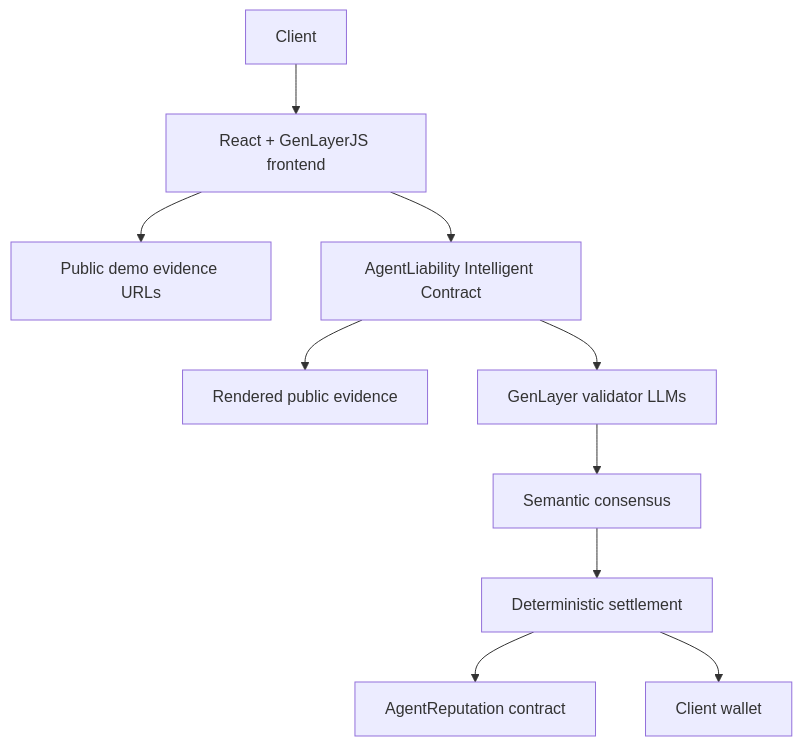
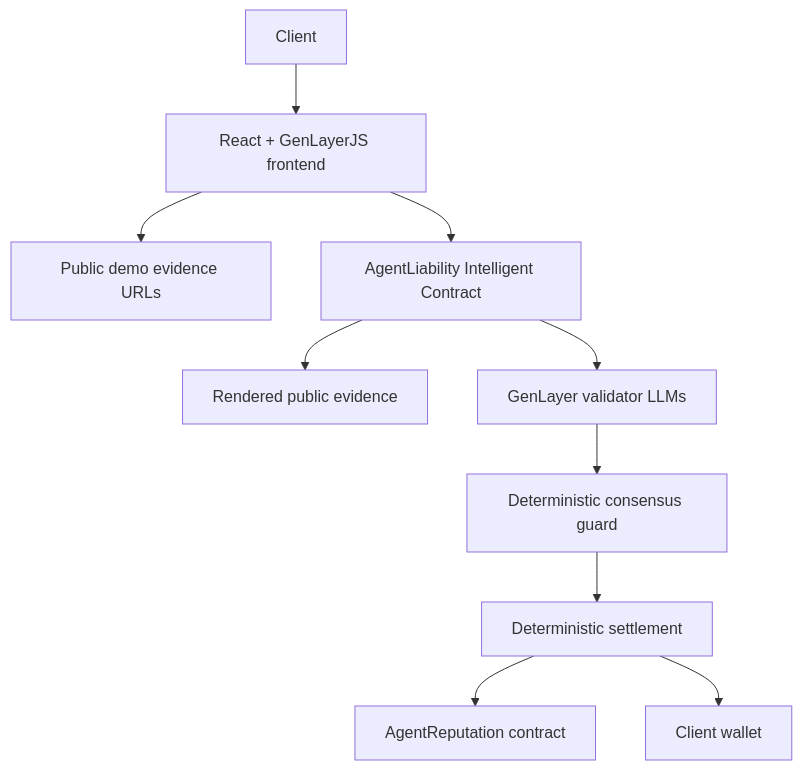
The first of 2 diagrams in README.md (tanphung/agent-liability), drawn with Mermaid before and after one commit. The commit also changed other lines of this file and 13 other files, not shown here.

````diff
--- a/README.md
+++ b/README.md
@@ -39,12 +39,12 @@
 ```mermaid
 flowchart TD
   Client["Client"] --> UI["React + GenLayerJS frontend"]
   UI --> Evidence["Public demo evidence URLs"]
   UI --> Main["AgentLiability Intelligent Contract"]
   Main --> Web["Rendered public evidence"]
   Main --> LLM["GenLayer validator LLMs"]
-  LLM --> Consensus["Semantic consensus"]
+  LLM --> Consensus["Deterministic consensus guard"]
   Consensus --> Settlement["Deterministic settlement"]
   Settlement --> Reputation["AgentReputation contract"]
   Settlement --> Wallets["Client wallet"]
 ```
````
